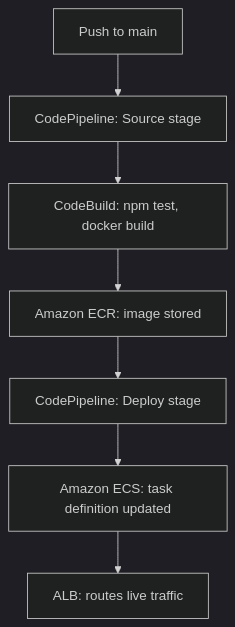
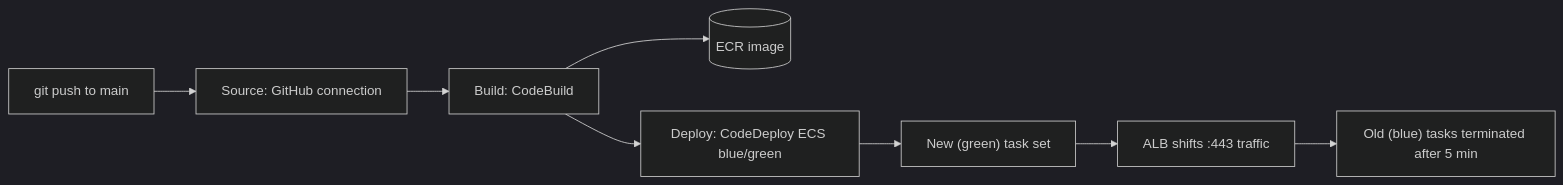
One commit to Zaamaar/cinetrack-api changed the second of 2 diagrams in README.md. Above: the diagram before and after it, drawn with Mermaid (dark theme). The commit also changed other lines of this file and 1 other file, not shown here.

Commit message:
docs: rewrite README for blue/green pipeline; add movie seed script

````diff
--- a/README.md
+++ b/README.md
@@ -25,9 +65,10 @@
 ```mermaid
-flowchart TD
-    A[Push to main] --> B[CodePipeline: Source stage]
-    B --> C[CodeBuild: npm test, docker build]
-    C --> D[Amazon ECR: image stored]
-    D --> E[CodePipeline: Deploy stage]
-    E --> F[Amazon ECS: task definition updated]
-    F --> G[ALB: routes live traffic]
+flowchart LR
+    P["git push to main"] --> S["Source: GitHub connection"]
+    S --> B["Build: CodeBuild"]
+    B --> E[("ECR image")]
+    B --> D["Deploy: CodeDeploy ECS blue/green"]
+    D --> G["New (green) task set"]
+    G --> L["ALB shifts :443 traffic"]
+    L --> O["Old (blue) tasks terminated after 5 min"]
 ```
````
